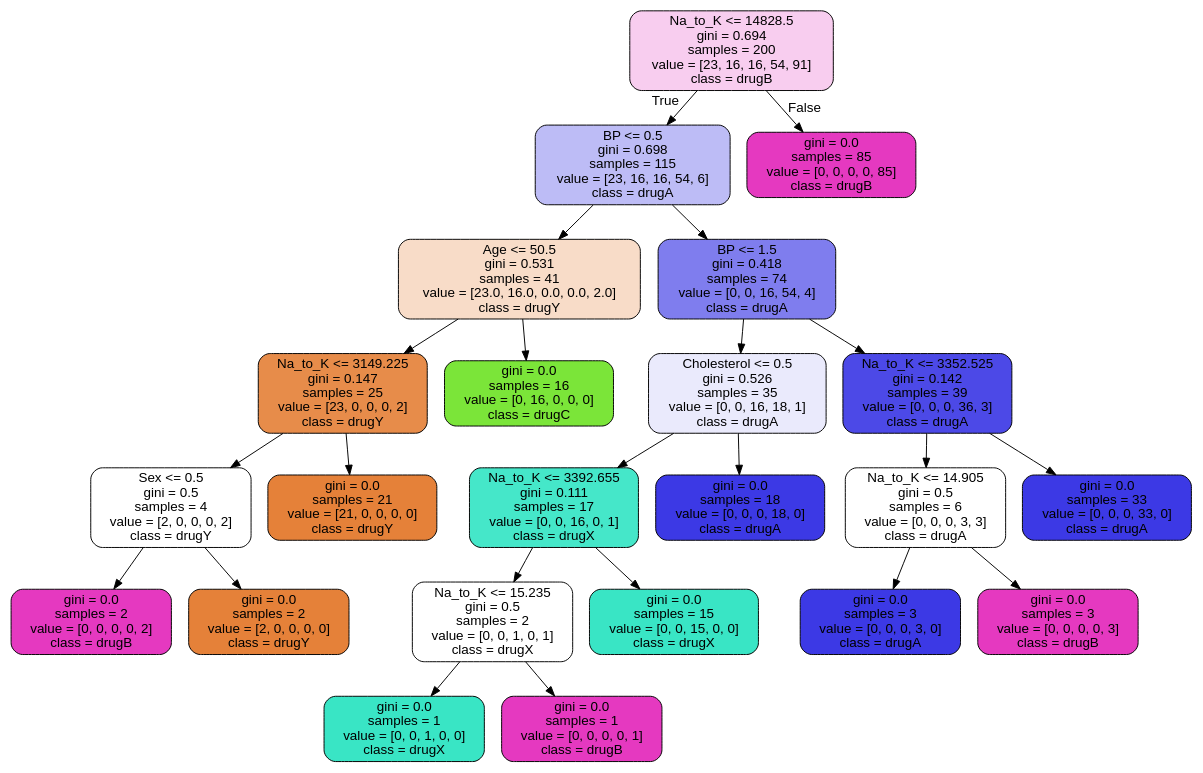
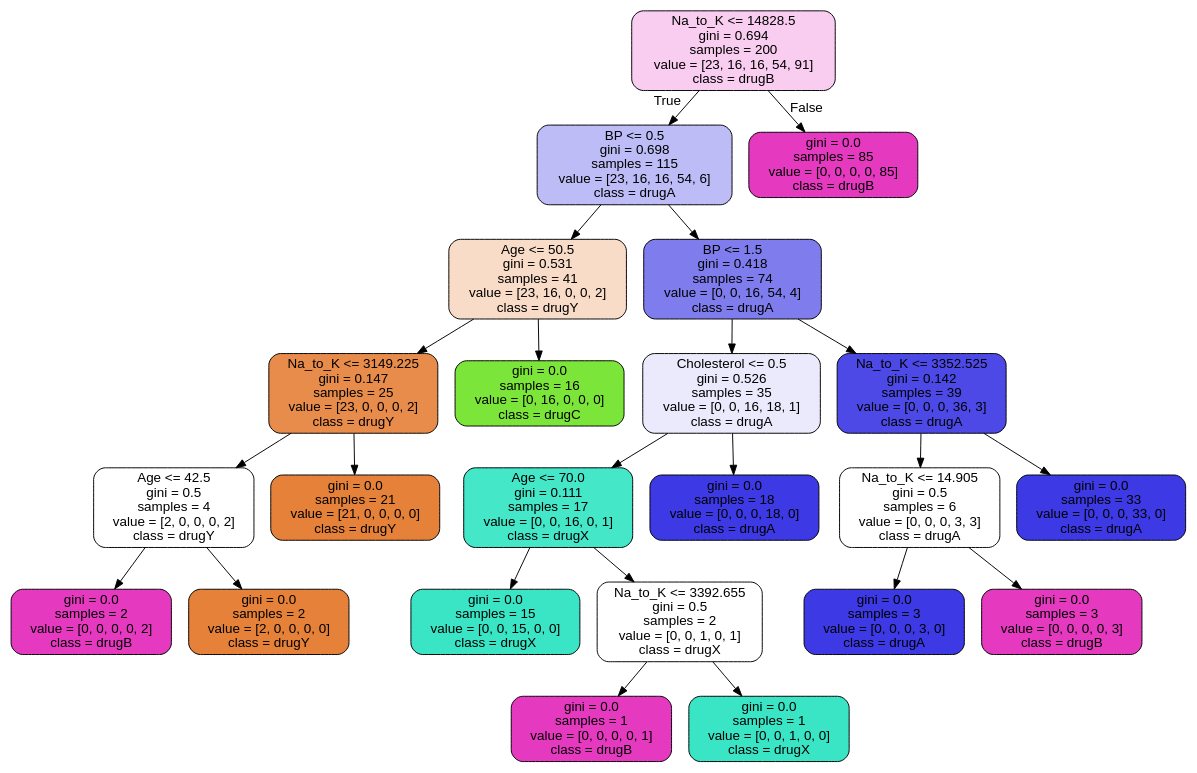
Before and after one commit to pablesite/master-matematicas: the diagram in tecnicas-multivariantes/images/arbol_clf_default.dot, drawn with Graphviz. The commit also changed 4 other files, not shown here.

```diff
--- a/tecnicas-multivariantes/images/arbol_clf_default.dot
+++ b/tecnicas-multivariantes/images/arbol_clf_default.dot
@@ -1,49 +1,49 @@
 digraph Tree {
 node [shape=box, style="filled, rounded", color="black", fontname="helvetica"] ;
 edge [fontname="helvetica"] ;
 0 [label="Na_to_K <= 14828.5\ngini = 0.694\nsamples = 200\nvalue = [23, 16, 16, 54, 91]\nclass = drugB", fillcolor="#f8cdef"] ;
 1 [label="BP <= 0.5\ngini = 0.698\nsamples = 115\nvalue = [23, 16, 16, 54, 6]\nclass = drugA", fillcolor="#bdbcf6"] ;
 0 -> 1 [labeldistance=2.5, labelangle=45, headlabel="True"] ;
-2 [label="Age <= 50.5\ngini = 0.531\nsamples = 41\nvalue = [23.0, 16.0, 0.0, 0.0, 2.0]\nclass = drugY", fillcolor="#f8dcc8"] ;
+2 [label="Age <= 50.5\ngini = 0.531\nsamples = 41\nvalue = [23, 16, 0, 0, 2]\nclass = drugY", fillcolor="#f8dcc8"] ;
 1 -> 2 ;
 3 [label="Na_to_K <= 3149.225\ngini = 0.147\nsamples = 25\nvalue = [23, 0, 0, 0, 2]\nclass = drugY", fillcolor="#e78c4a"] ;
 2 -> 3 ;
-4 [label="Sex <= 0.5\ngini = 0.5\nsamples = 4\nvalue = [2, 0, 0, 0, 2]\nclass = drugY", fillcolor="#ffffff"] ;
+4 [label="Age <= 42.5\ngini = 0.5\nsamples = 4\nvalue = [2, 0, 0, 0, 2]\nclass = drugY", fillcolor="#ffffff"] ;
 3 -> 4 ;
 5 [label="gini = 0.0\nsamples = 2\nvalue = [0, 0, 0, 0, 2]\nclass = drugB", fillcolor="#e539c0"] ;
 4 -> 5 ;
 6 [label="gini = 0.0\nsamples = 2\nvalue = [2, 0, 0, 0, 0]\nclass = drugY", fillcolor="#e58139"] ;
 4 -> 6 ;
 7 [label="gini = 0.0\nsamples = 21\nvalue = [21, 0, 0, 0, 0]\nclass = drugY", fillcolor="#e58139"] ;
 3 -> 7 ;
 8 [label="gini = 0.0\nsamples = 16\nvalue = [0, 16, 0, 0, 0]\nclass = drugC", fillcolor="#7be539"] ;
 2 -> 8 ;
 9 [label="BP <= 1.5\ngini = 0.418\nsamples = 74\nvalue = [0, 0, 16, 54, 4]\nclass = drugA", fillcolor="#7f7dee"] ;
 1 -> 9 ;
 10 [label="Cholesterol <= 0.5\ngini = 0.526\nsamples = 35\nvalue = [0, 0, 16, 18, 1]\nclass = drugA", fillcolor="#eaeafc"] ;
 9 -> 10 ;
-11 [label="Na_to_K <= 3392.655\ngini = 0.111\nsamples = 17\nvalue = [0, 0, 16, 0, 1]\nclass = drugX", fillcolor="#45e7c9"] ;
+11 [label="Age <= 70.0\ngini = 0.111\nsamples = 17\nvalue = [0, 0, 16, 0, 1]\nclass = drugX", fillcolor="#45e7c9"] ;
 10 -> 11 ;
-12 [label="Na_to_K <= 15.235\ngini = 0.5\nsamples = 2\nvalue = [0, 0, 1, 0, 1]\nclass = drugX", fillcolor="#ffffff"] ;
+12 [label="gini = 0.0\nsamples = 15\nvalue = [0, 0, 15, 0, 0]\nclass = drugX", fillcolor="#39e5c5"] ;
 11 -> 12 ;
-13 [label="gini = 0.0\nsamples = 1\nvalue = [0, 0, 1, 0, 0]\nclass = drugX", fillcolor="#39e5c5"] ;
-12 -> 13 ;
+13 [label="Na_to_K <= 3392.655\ngini = 0.5\nsamples = 2\nvalue = [0, 0, 1, 0, 1]\nclass = drugX", fillcolor="#ffffff"] ;
+11 -> 13 ;
 14 [label="gini = 0.0\nsamples = 1\nvalue = [0, 0, 0, 0, 1]\nclass = drugB", fillcolor="#e539c0"] ;
-12 -> 14 ;
-15 [label="gini = 0.0\nsamples = 15\nvalue = [0, 0, 15, 0, 0]\nclass = drugX", fillcolor="#39e5c5"] ;
-11 -> 15 ;
+13 -> 14 ;
+15 [label="gini = 0.0\nsamples = 1\nvalue = [0, 0, 1, 0, 0]\nclass = drugX", fillcolor="#39e5c5"] ;
+13 -> 15 ;
 16 [label="gini = 0.0\nsamples = 18\nvalue = [0, 0, 0, 18, 0]\nclass = drugA", fillcolor="#3c39e5"] ;
 10 -> 16 ;
 17 [label="Na_to_K <= 3352.525\ngini = 0.142\nsamples = 39\nvalue = [0, 0, 0, 36, 3]\nclass = drugA", fillcolor="#4c49e7"] ;
 9 -> 17 ;
 18 [label="Na_to_K <= 14.905\ngini = 0.5\nsamples = 6\nvalue = [0, 0, 0, 3, 3]\nclass = drugA", fillcolor="#ffffff"] ;
 17 -> 18 ;
 19 [label="gini = 0.0\nsamples = 3\nvalue = [0, 0, 0, 3, 0]\nclass = drugA", fillcolor="#3c39e5"] ;
 18 -> 19 ;
 20 [label="gini = 0.0\nsamples = 3\nvalue = [0, 0, 0, 0, 3]\nclass = drugB", fillcolor="#e539c0"] ;
 18 -> 20 ;
 21 [label="gini = 0.0\nsamples = 33\nvalue = [0, 0, 0, 33, 0]\nclass = drugA", fillcolor="#3c39e5"] ;
 17 -> 21 ;
 22 [label="gini = 0.0\nsamples = 85\nvalue = [0, 0, 0, 0, 85]\nclass = drugB", fillcolor="#e539c0"] ;
 0 -> 22 [labeldistance=2.5, labelangle=-45, headlabel="False"] ;
 }
```
